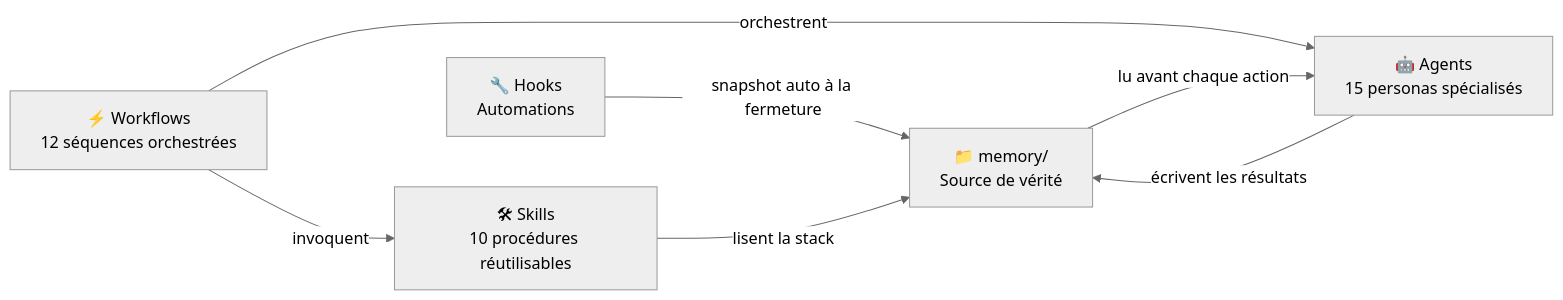
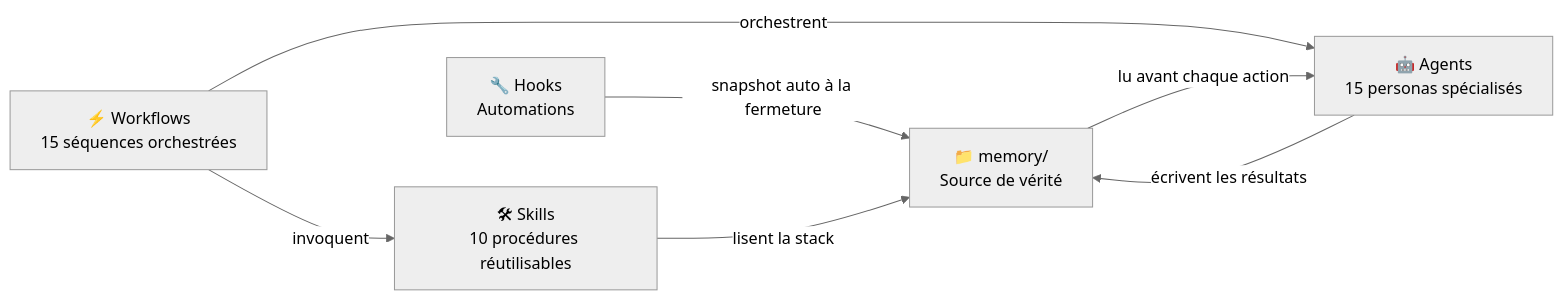
The diagram in docs/fr/README.md (KillianPiccerelle/ai-dev-framework), drawn with Mermaid (neutral theme) before and after one commit. The commit also changed other lines of this file and 5 other files, not shown here.

````diff
--- a/docs/fr/README.md
+++ b/docs/fr/README.md
@@ -105,15 +105,15 @@
 ```mermaid
 graph LR
     MEM["📁 memory/\nSource de vérité"]
     AGT["🤖 Agents\n15 personas spécialisés"]
-    WFL["⚡ Workflows\n12 séquences orchestrées"]
+    WFL["⚡ Workflows\n15 séquences orchestrées"]
     SKL["🛠 Skills\n10 procédures réutilisables"]
     HKS["🔧 Hooks\nAutomations"]
 
     MEM -->|lu avant chaque action| AGT
     AGT -->|écrivent les résultats| MEM
     WFL -->|orchestrent| AGT
     WFL -->|invoquent| SKL
     SKL -->|lisent la stack| MEM
     HKS -->|snapshot auto à la fermeture| MEM
 ```
````
